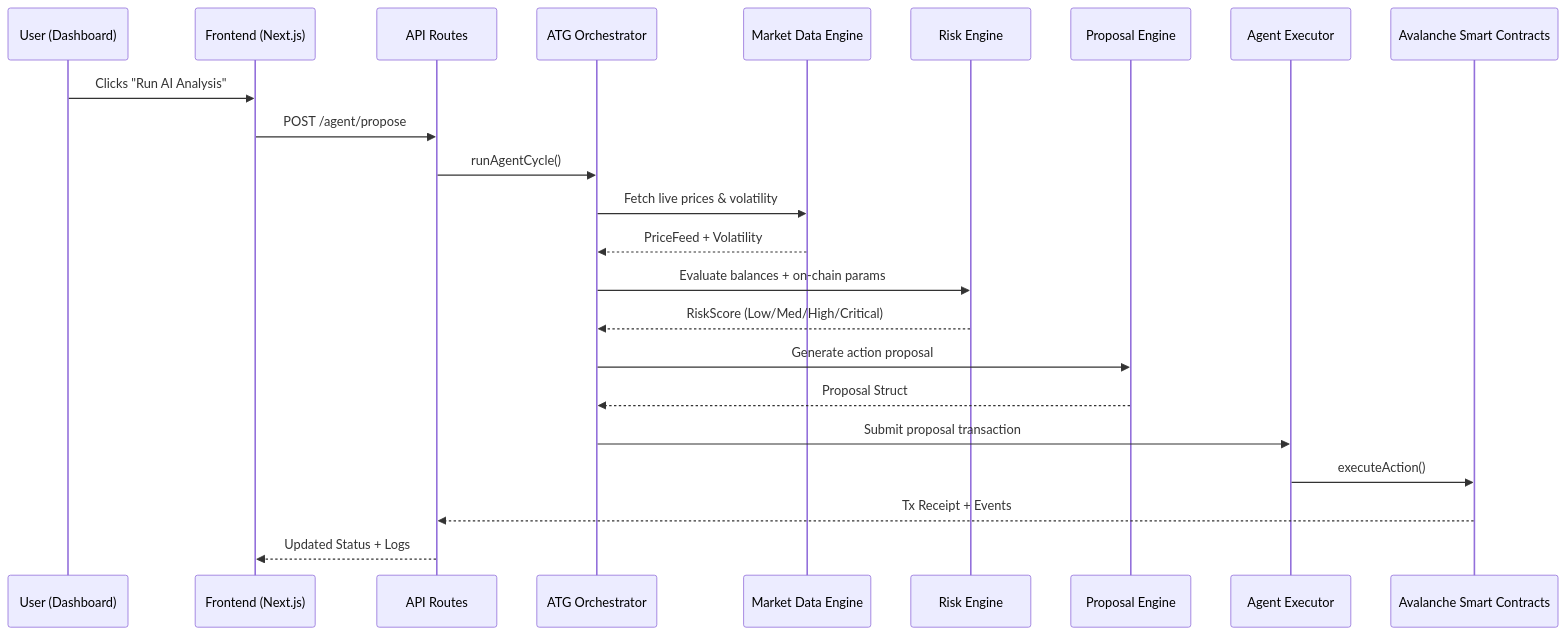
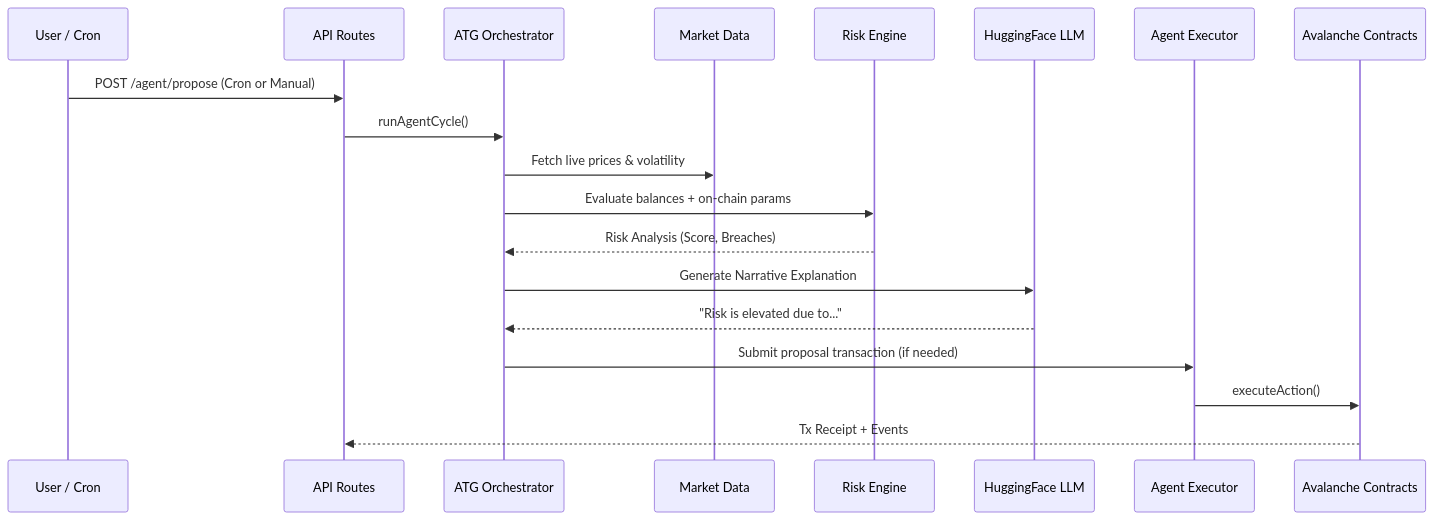
The second of 2 diagrams in README.md (gethsun1/autonomous-treasury-guardian), drawn with Mermaid before and after one commit. The commit also changed other lines of this file and 9 other files, not shown here.

Commit message:
feat: live data, AI narratives, and autonomous cron

````diff
--- a/README.md
+++ b/README.md
@@ -51,26 +55,22 @@
 ```mermaid
 sequenceDiagram
-    participant User as User (Dashboard)
-    participant UI as Frontend (Next.js)
+    participant User as User / Cron
     participant API as API Routes
     participant Agent as ATG Orchestrator
-    participant Market as Market Data Engine
+    participant Market as Market Data
     participant Risk as Risk Engine
-    participant Proposal as Proposal Engine
+    participant LLM as HuggingFace LLM
     participant Exec as Agent Executor
-    participant Chain as Avalanche Smart Contracts
+    participant Chain as Avalanche Contracts
 
-    User->>UI: Clicks "Run AI Analysis"
-    UI->>API: POST /agent/propose
+    User->>API: POST /agent/propose (Cron or Manual)
     API->>Agent: runAgentCycle()
     Agent->>Market: Fetch live prices & volatility
-    Market-->>Agent: PriceFeed + Volatility
     Agent->>Risk: Evaluate balances + on-chain params
-    Risk-->>Agent: RiskScore (Low/Med/High/Critical)
-    Agent->>Proposal: Generate action proposal
-    Proposal-->>Agent: Proposal Struct
-    Agent->>Exec: Submit proposal transaction
+    Risk-->>Agent: Risk Analysis (Score, Breaches)
+    Agent->>LLM: Generate Narrative Explanation
+    LLM-->>Agent: "Risk is elevated due to..."
+    Agent->>Exec: Submit proposal transaction (if needed)
     Exec->>Chain: executeAction()
     Chain-->>API: Tx Receipt + Events
-    API-->>UI: Updated Status + Logs
 ```
````
